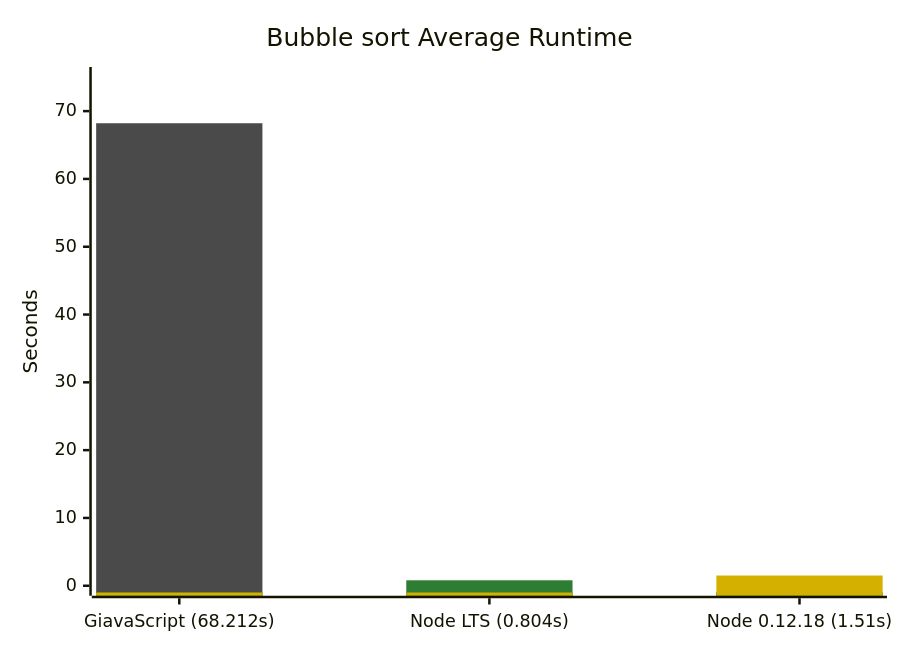
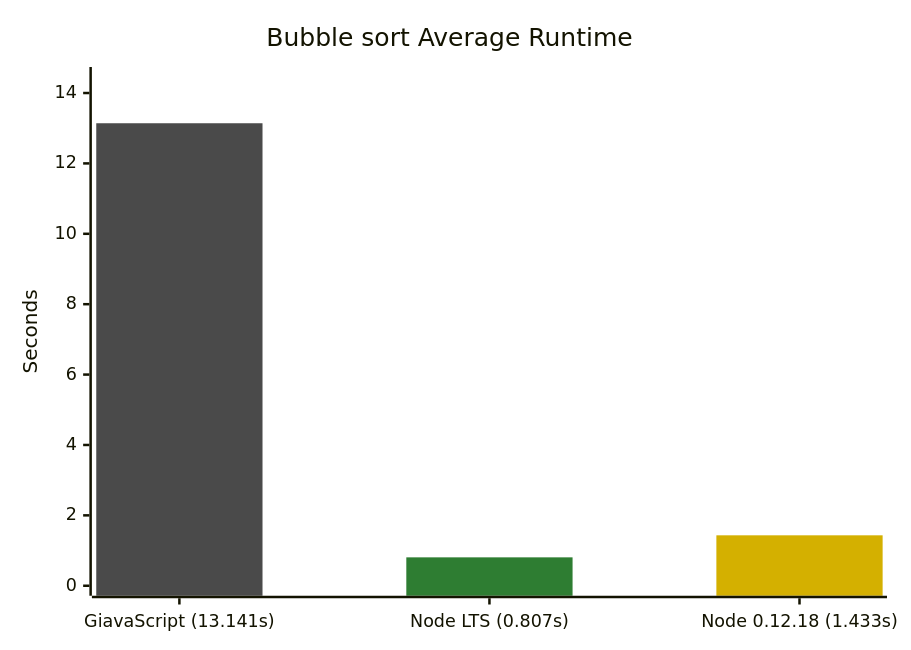
One commit to GiavaScript/GiavaScript changed the first of 5 diagrams in README.md. Above: the diagram before and after it, drawn with Mermaid. The commit also changed other lines of this file and 2 other files, not shown here.

````diff
--- a/README.md
+++ b/README.md
@@ -79,10 +79,10 @@
 ```mermaid
 %%{init: {"themeVariables": {"xyChart": {"plotColorPalette": "#4a4a4a, #2e7d32, #d4b000"}}}}%%
 xychart-beta
     title "Bubble sort Average Runtime"
-    x-axis ["GiavaScript (68.212s)", "Node LTS (0.804s)", "Node 0.12.18 (1.51s)"]
-    y-axis "Seconds" 0 --> 75.0332
-    bar [68.212, -1, -1]
-    bar [-1, 0.804, -1]
-    bar [-1, -1, 1.51]
+    x-axis ["GiavaScript (13.141s)", "Node LTS (0.807s)", "Node 0.12.18 (1.433s)"]
+    y-axis "Seconds" 0 --> 14.4551
+    bar [13.141, -1, -1]
+    bar [-1, 0.807, -1]
+    bar [-1, -1, 1.433]
 ```
````
